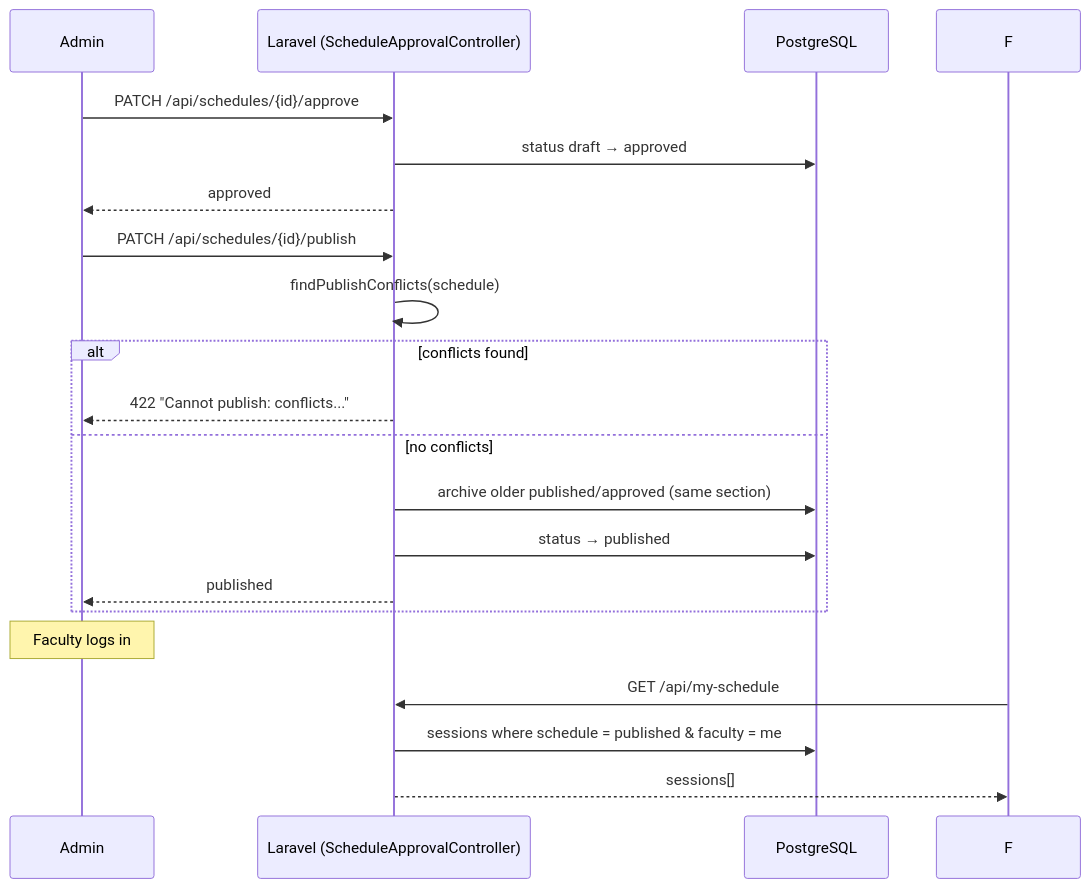
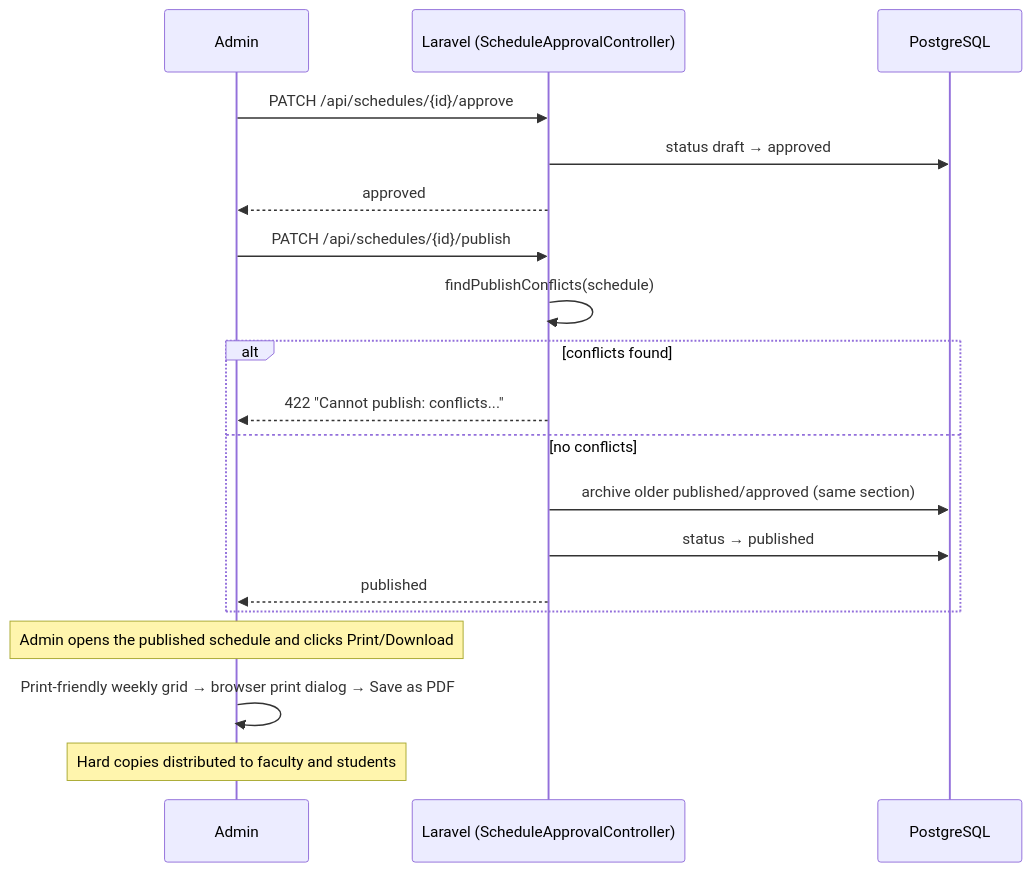
Before and after one commit to KiroOoo-arch/IT-faculty-scheduling-system: the third of 4 diagrams in documentation/System-Architecture.md, drawn with Mermaid. The commit also changed other lines of this file and 20 other files, not shown here.

First line of the commit message:
Remove faculty login accounts; admin-only access with print distribution

````diff
--- a/documentation/System-Architecture.md
+++ b/documentation/System-Architecture.md
@@ -73,25 +71,24 @@
 ```mermaid
 sequenceDiagram
     participant U as Admin
     participant L as Laravel (ScheduleApprovalController)
     participant DB as PostgreSQL
 
     U->>L: PATCH /api/schedules/{id}/approve
     L->>DB: status draft → approved
     L-->>U: approved
 
     U->>L: PATCH /api/schedules/{id}/publish
     L->>L: findPublishConflicts(schedule)
     alt conflicts found
         L-->>U: 422 "Cannot publish: conflicts..."
     else no conflicts
         L->>DB: archive older published/approved (same section)
         L->>DB: status → published
         L-->>U: published
     end
 
-    Note over U: Faculty logs in
-    F->>L: GET /api/my-schedule
-    L->>DB: sessions where schedule = published & faculty = me
-    L-->>F: sessions[]
+    Note over U: Admin opens the published schedule and clicks Print/Download
+    U->>U: Print-friendly weekly grid → browser print dialog → Save as PDF
+    Note over U: Hard copies distributed to faculty and students
 ```
````
